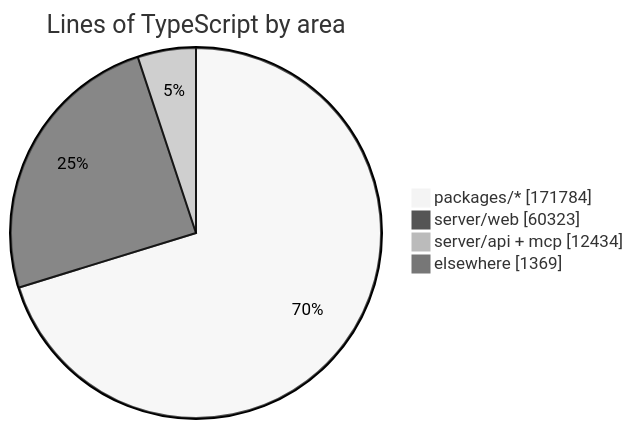
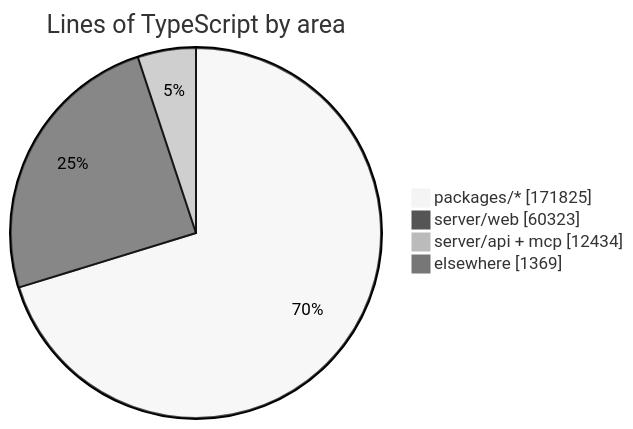
One commit to crossworks-engineering/mantle changed the diagram in README.md. Above: the diagram before and after it, drawn with Mermaid (neutral theme). The commit also changed other lines of this file and 2 other files, not shown here.

````diff
--- a/README.md
+++ b/README.md
@@ -279,7 +279,7 @@
 ```mermaid
 pie showData title Lines of TypeScript by area
-    "packages/*" : 171784
+    "packages/*" : 171825
     "server/web" : 60323
     "server/api + mcp" : 12434
     "elsewhere" : 1369
 ```
````
